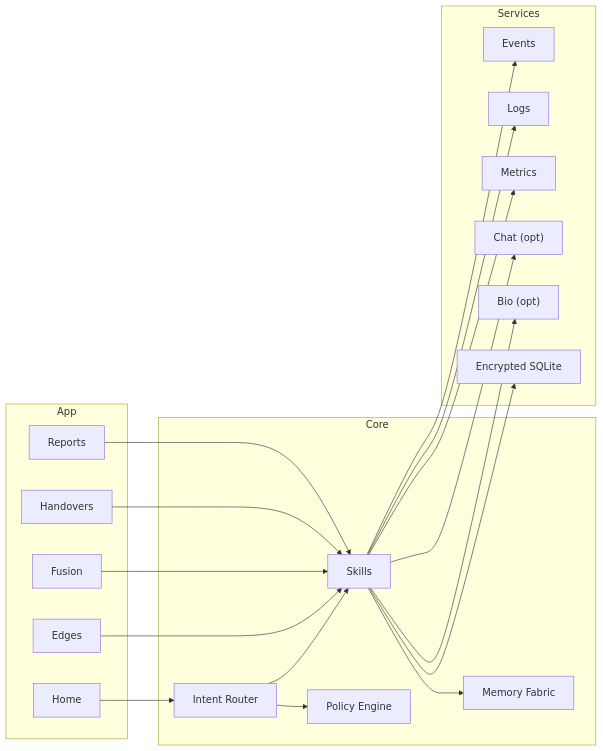
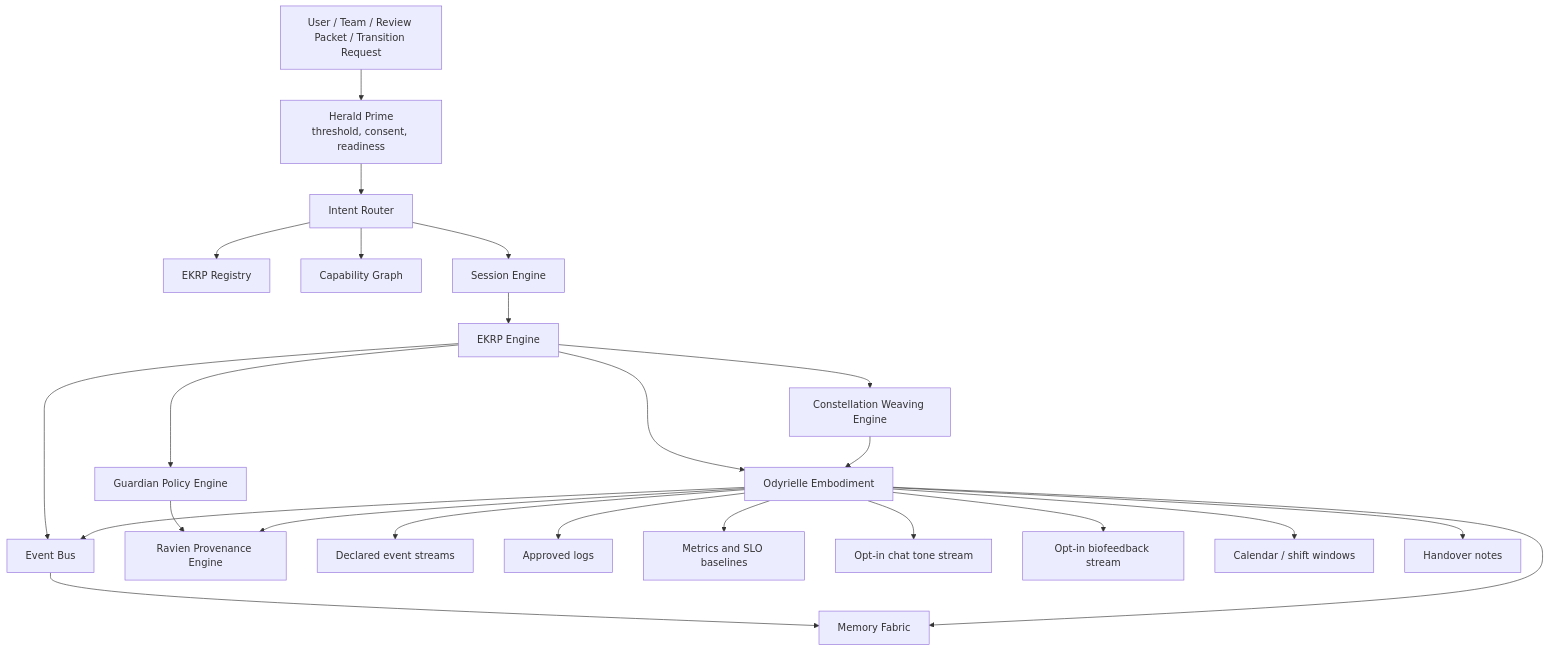
One commit to S1ngularD2ality/eidonic-language-elol changed the diagram in docs/ekrps/odyrielle/README.md. Above: the diagram before and after it, drawn with Mermaid. The commit also changed other lines of this file, not shown here.

First line of the commit message:
Revise README.md for Odyrielle with enhanced details

````diff
--- a/docs/ekrps/odyrielle/README.md
+++ b/docs/ekrps/odyrielle/README.md
@@ -74,40 +174,49 @@
 ```mermaid
-flowchart LR
-  subgraph App
-    HM["Home"]
-    EDG["Edges"]
-    FUS["Fusion"]
-    HND["Handovers"]
-    REP["Reports"]
-  end
+flowchart TD
 
-  subgraph Core
+    UI["User / Team / Review Packet / Transition Request"]
+    HP["Herald Prime<br/>threshold, consent, readiness"]
     IR["Intent Router"]
-    SK["Skills"]
+    ER["EKRP Registry"]
+    CG["Capability Graph"]
+    SE["Session Engine"]
+    EKE["EKRP Engine"]
+    CWE["Constellation Weaving Engine"]
+    EB["Event Bus"]
     MF["Memory Fabric"]
-    PE["Policy Engine"]
-  end
+    GPE["Guardian Policy Engine"]
+    RPE["Ravien Provenance Engine"]
+    ODY["Odyrielle Embodiment"]
 
-  subgraph Services
-    EV["Events"]
-    LG["Logs"]
-    MX["Metrics"]
-    CH["Chat (opt)"]
-    BIO["Bio (opt)"]
-    DB["Encrypted SQLite"]
-  end
+    EVT["Declared event streams"]
+    LOG["Approved logs"]
+    MET["Metrics and SLO baselines"]
+    CHAT["Opt-in chat tone stream"]
+    BIO["Opt-in biofeedback stream"]
+    CAL["Calendar / shift windows"]
+    HN["Handover notes"]
 
-  HM --> IR --> SK
-  EDG --> SK
-  FUS --> SK
-  HND --> SK
-  REP --> SK
-  SK --> MF
-  SK --> DB
-  SK --> EV
-  SK --> LG
-  SK --> MX
-  SK --> CH
-  SK --> BIO
-  IR --> PE
+    UI --> HP
+    HP --> IR
+    IR --> ER
+    IR --> CG
+    IR --> SE
+    SE --> EKE
+    EKE --> ODY
+    EKE --> CWE
+    EKE --> EB
+    EB --> MF
+    EKE --> GPE
+    ODY --> EVT
+    ODY --> LOG
+    ODY --> MET
+    ODY --> CHAT
+    ODY --> BIO
+    ODY --> CAL
+    ODY --> HN
+    ODY --> MF
+    ODY --> EB
+    GPE --> RPE
+    ODY --> RPE
+    CWE --> ODY
 ```
````
